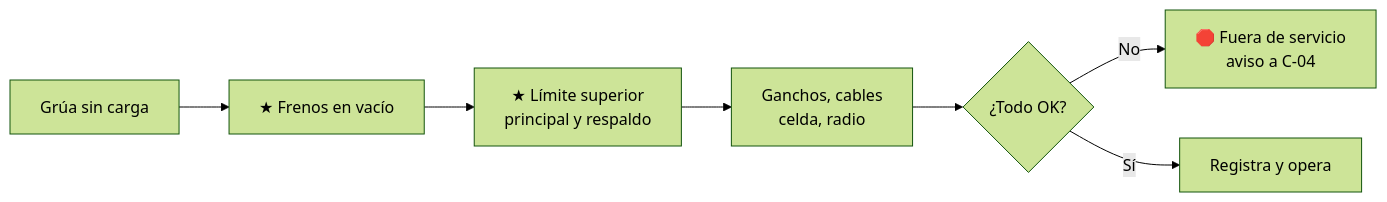
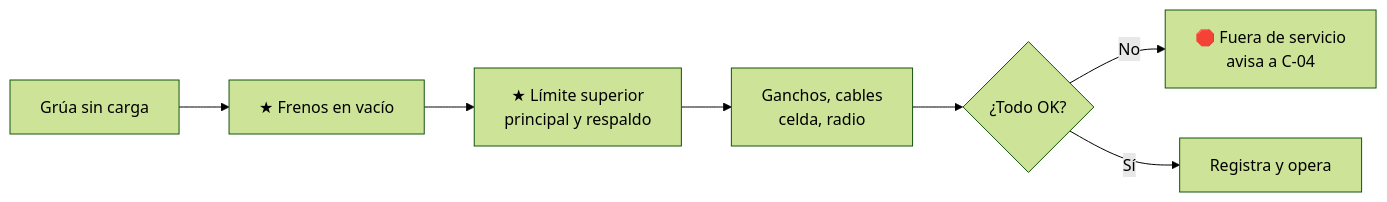
One commit to diegocardonaguzman03-maker/HR changed the second of 6 diagrams in 10-plantas/01-steelmaking/06-instrucciones-trabajo/IT-S09-operador-grua-colada.md. Above: the diagram before and after it, drawn with Mermaid (forest theme). The commit also changed other lines of this file and 7 other files, not shown here.

````diff
--- a/10-plantas/01-steelmaking/06-instrucciones-trabajo/IT-S09-operador-grua-colada.md
+++ b/10-plantas/01-steelmaking/06-instrucciones-trabajo/IT-S09-operador-grua-colada.md
@@ -68,9 +68,9 @@
 ```mermaid
 flowchart LR
     A["Grúa sin carga"] --> B["★ Frenos en vacío"]
     B --> C["★ Límite superior<br/>principal y respaldo"]
     C --> D["Ganchos, cables<br/>celda, radio"]
     D --> E{"¿Todo OK?"}
-    E -- "No" --> F["🛑 Fuera de servicio<br/>aviso a C-04"]
+    E -- "No" --> F["🛑 Fuera de servicio<br/>avisa a C-04"]
     E -- "Sí" --> G["Registra y opera"]
 ```
````
